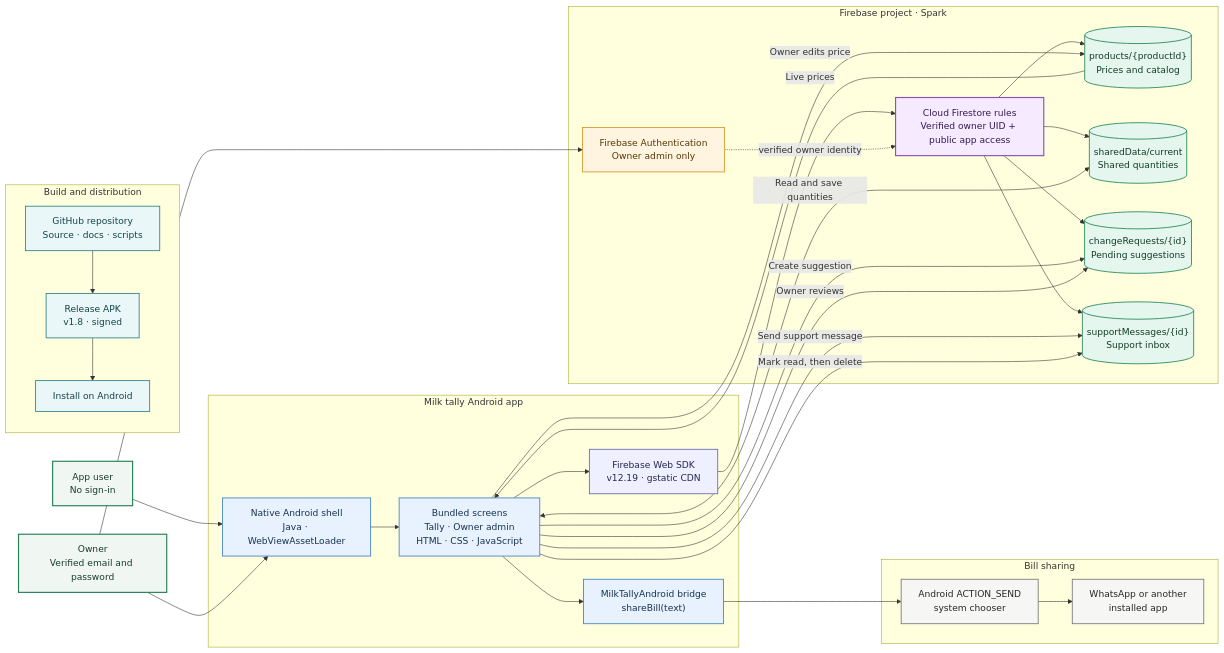
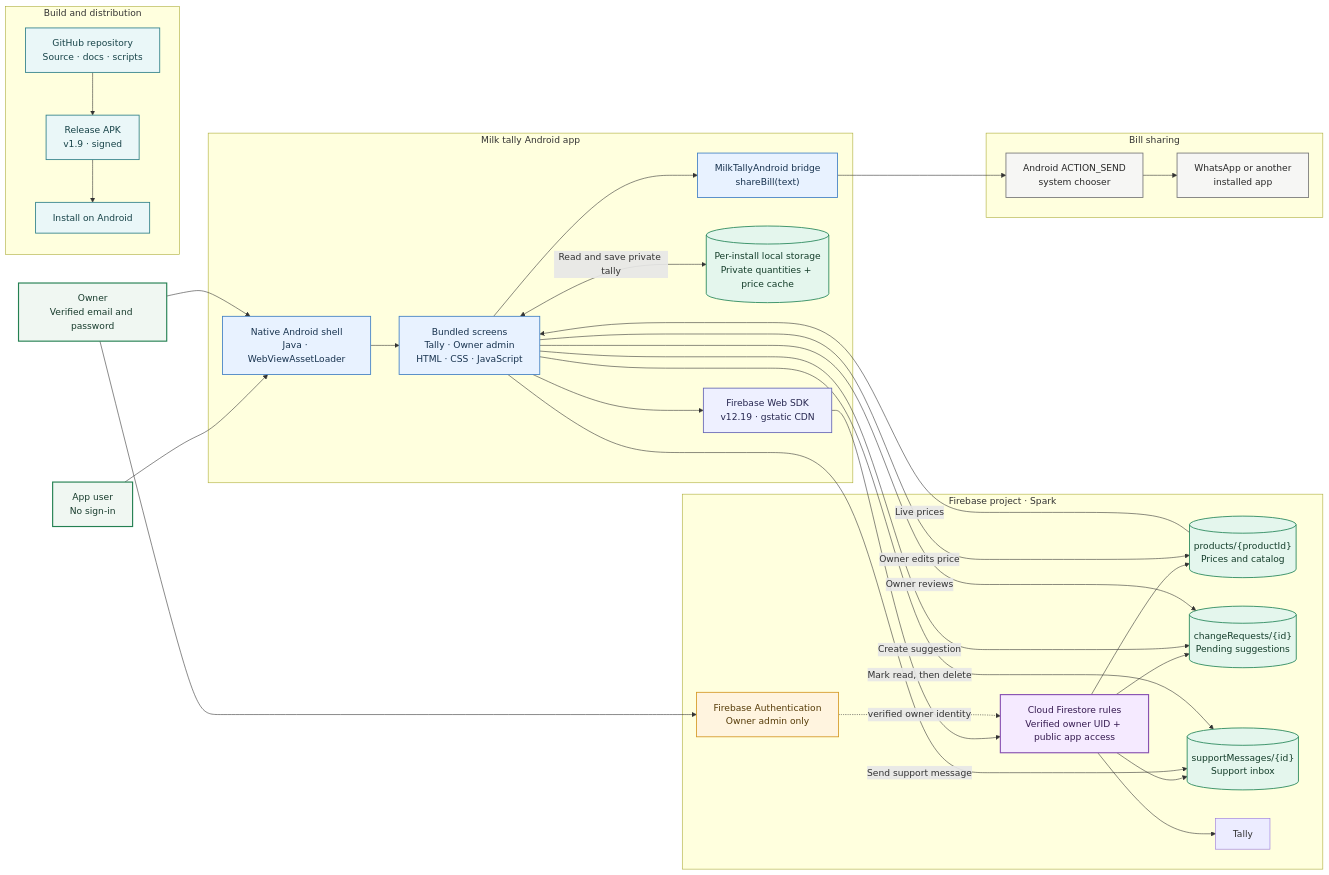
Before and after one commit to PrabhatVrma/milk-tally: the diagram in docs/system-design.md, drawn with Mermaid. The commit also changed other lines of this file and 14 other files, not shown here.

````diff
--- a/docs/system-design.md
+++ b/docs/system-design.md
@@ -9,63 +9,63 @@
 ```mermaid
 flowchart LR
     Visitor["App user<br/>No sign-in"]:::person
     Owner["Owner<br/>Verified email and password"]:::person
 
     subgraph App["Milk tally Android app"]
         Shell["Native Android shell<br/>Java · WebViewAssetLoader"]:::client
         UI["Bundled screens<br/>Tally · Owner admin<br/>HTML · CSS · JavaScript"]:::client
         SDK["Firebase Web SDK<br/>v12.19 · gstatic CDN"]:::sdk
+        LocalTally[("Per-install local storage<br/>Private quantities + price cache")]:::data
         Bridge["MilkTallyAndroid bridge<br/>shareBill(text)"]:::client
         Shell --> UI
         UI --> SDK
+        UI <-->|"Read and save private tally"| LocalTally
         UI --> Bridge
     end
 
     subgraph Firebase["Firebase project · Spark"]
         Auth["Firebase Authentication<br/>Owner admin only"]:::auth
         Rules["Cloud Firestore rules<br/>Verified owner UID + public app access"]:::security
         Products[("products/{productId}<br/>Prices and catalog")]:::data
-        Tally[("sharedData/current<br/>Shared quantities")]:::data
         Requests[("changeRequests/{id}<br/>Pending suggestions")]:::data
         Support[("supportMessages/{id}<br/>Support inbox")]:::data
         SDK --> Rules
         Rules --> Products
         Rules --> Tally
         Rules --> Requests
         Rules --> Support
         Auth -. "verified owner identity" .-> Rules
     end
 
     subgraph Sharing["Bill sharing"]
         Chooser["Android ACTION_SEND<br/>system chooser"]:::external
         WhatsApp["WhatsApp or another<br/>installed app"]:::external
         Bridge --> Chooser --> WhatsApp
     end
 
     subgraph Delivery["Build and distribution"]
         Repo["GitHub repository<br/>Source · docs · scripts"]:::delivery
-        APK["Release APK<br/>v1.8 · signed"]:::delivery
+        APK["Release APK<br/>v1.9 · signed"]:::delivery
         Phone["Install on Android"]:::delivery
         Repo --> APK --> Phone
     end
 
     Visitor --> Shell
     Owner --> Shell
     Owner --> Auth
     Products -->|"Live prices"| UI
-    UI <-->|"Read and save quantities"| Tally
     UI -->|"Create suggestion"| Requests
     UI -->|"Send support message"| Support
     UI -->|"Owner edits price"| Products
     UI -->|"Owner reviews"| Requests
     UI -->|"Mark read, then delete"| Support
 
     classDef person fill:#f0f7f2,stroke:#248052,color:#183c2d,stroke-width:2px
     classDef client fill:#e8f2ff,stroke:#4380c4,color:#18334f,stroke-width:1.5px
     classDef sdk fill:#eef0ff,stroke:#6667b5,color:#26264f,stroke-width:1.5px
     classDef auth fill:#fff4df,stroke:#d59a28,color:#553b08,stroke-width:1.5px
     classDef security fill:#f5eaff,stroke:#8852b2,color:#351a50,stroke-width:2px
     classDef data fill:#e4f6ed,stroke:#26865a,color:#143d2a,stroke-width:1.5px
     classDef external fill:#f6f6f4,stroke:#777,color:#282828,stroke-width:1.5px
     classDef delivery fill:#eaf7f8,stroke:#31818a,color:#174348,stroke-width:1.5px
 ```
````
